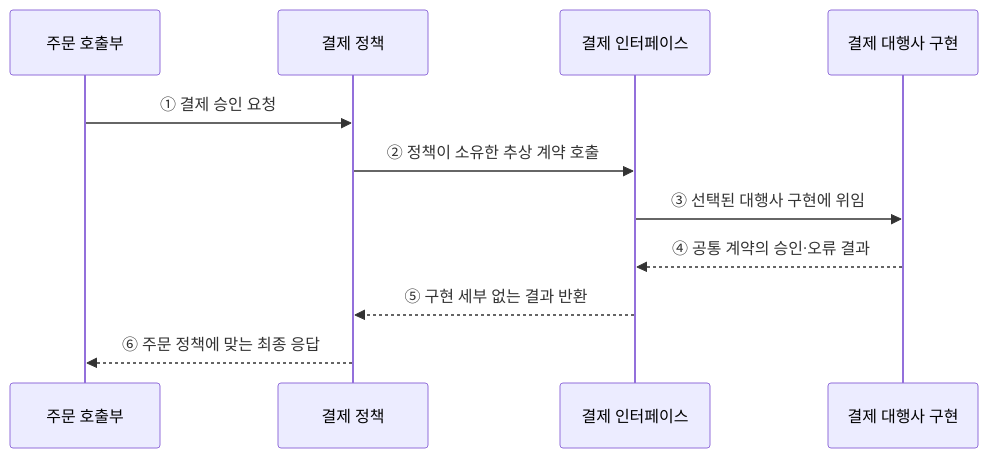
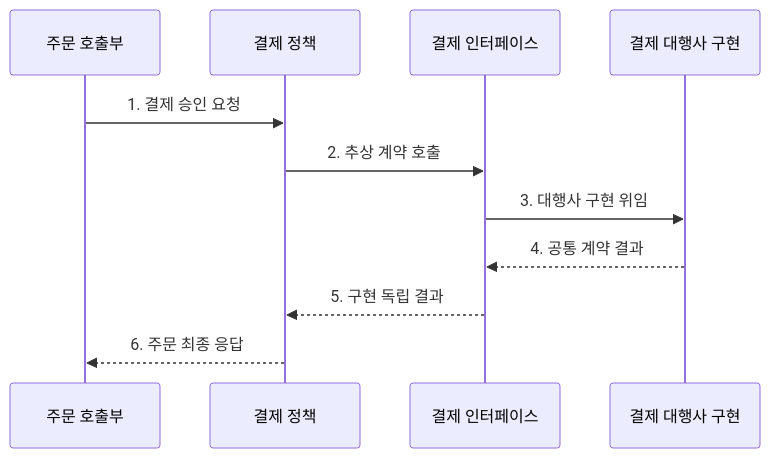
Before and after one commit to agnusdei1207/knowledge-base: the second of 2 diagrams in src/content/docs/notes/03-software/046_solid_principles.md, drawn with Mermaid. The commit also changed other lines of this file and 20 other files, not shown here.

````diff
--- a/src/content/docs/notes/03-software/046_solid_principles.md
+++ b/src/content/docs/notes/03-software/046_solid_principles.md
@@ -81,14 +84,14 @@
 ```mermaid
 sequenceDiagram
     participant C as 주문 호출부
     participant P as 결제 정책
     participant I as 결제 인터페이스
     participant A as 결제 대행사 구현
 
-    C->>P: ① 결제 승인 요청
-    P->>I: ② 정책이 소유한 추상 계약 호출
-    I->>A: ③ 선택된 대행사 구현에 위임
-    A-->>I: ④ 공통 계약의 승인·오류 결과
-    I-->>P: ⑤ 구현 세부 없는 결과 반환
-    P-->>C: ⑥ 주문 정책에 맞는 최종 응답
+    C->>P: 1. 결제 승인 요청
+    P->>I: 2. 추상 계약 호출
+    I->>A: 3. 대행사 구현 위임
+    A-->>I: 4. 공통 계약 결과
+    I-->>P: 5. 구현 독립 결과
+    P-->>C: 6. 주문 최종 응답
 ```
````
